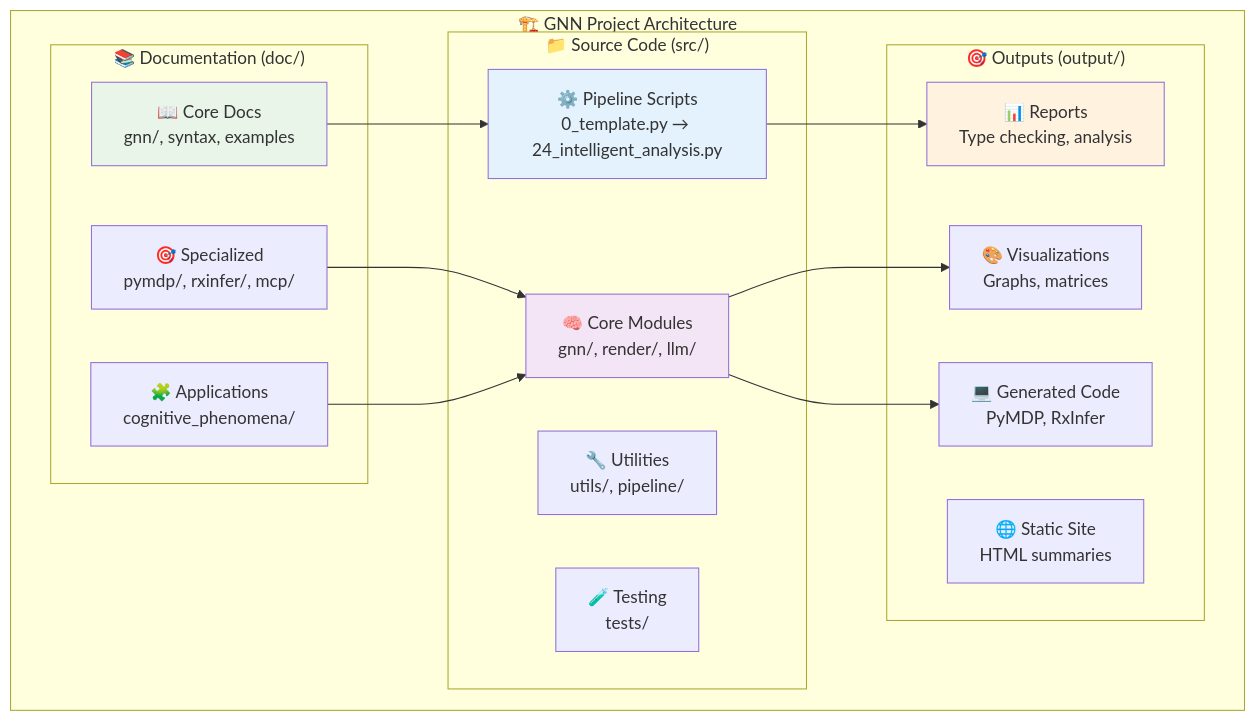
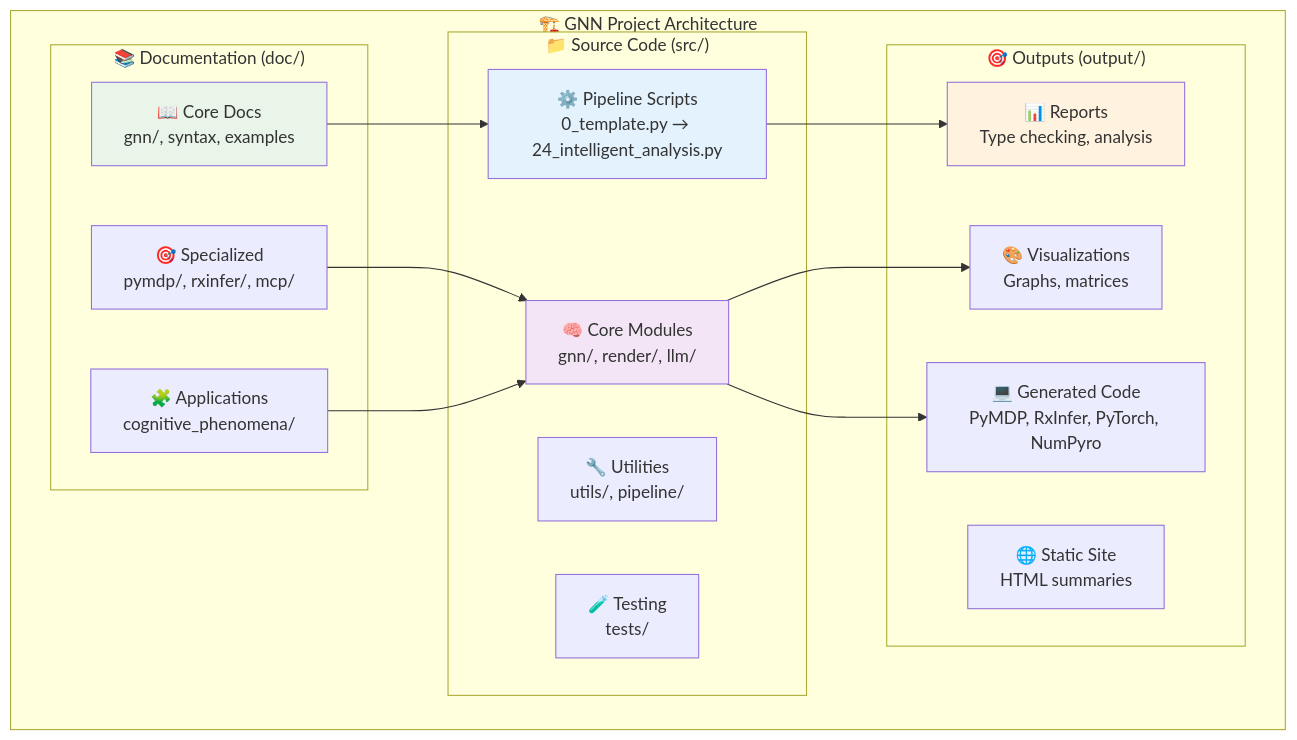
Before and after one commit to ActiveInferenceInstitute/GeneralizedNotationNotation: the second of 8 diagrams in README.md, drawn with Mermaid. The commit also changed other lines of this file and 1810 other files, not shown here.

````diff
--- a/README.md
+++ b/README.md
@@ -280,36 +280,36 @@
 ```mermaid
 graph TB
     subgraph "🏗️ GNN Project Architecture"
         subgraph "📁 Source Code (src/)"
             A[⚙️ Pipeline Scripts<br/>0_template.py → 24_intelligent_analysis.py]
             B[🧠 Core Modules<br/>gnn/, render/, llm/]
             C[🔧 Utilities<br/>utils/, pipeline/]
             D[🧪 Testing<br/>tests/]
         end
         
         subgraph "📚 Documentation (doc/)"
             E[📖 Core Docs<br/>gnn/, syntax, examples]
             F[🎯 Specialized<br/>pymdp/, rxinfer/, mcp/]
             G[🧩 Applications<br/>cognitive_phenomena/]
         end
         
         subgraph "🎯 Outputs (output/)"
             H[📊 Reports<br/>Type checking, analysis]
             I[🎨 Visualizations<br/>Graphs, matrices]
-            J[💻 Generated Code<br/>PyMDP, RxInfer]
+            J[💻 Generated Code<br/>PyMDP, RxInfer, PyTorch, NumPyro]
             K[🌐 Static Site<br/>HTML summaries]
         end
     end
     
     A --> H
     B --> I
     B --> J
     E --> A
     F --> B
     G --> B
     
     style A fill:#e3f2fd
     style B fill:#f3e5f5
     style E fill:#e8f5e8
     style H fill:#fff3e0
 ```
````
